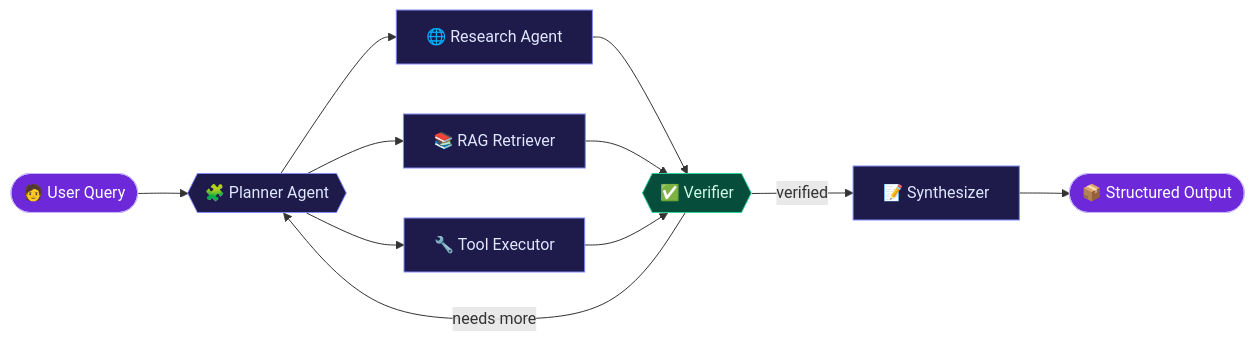
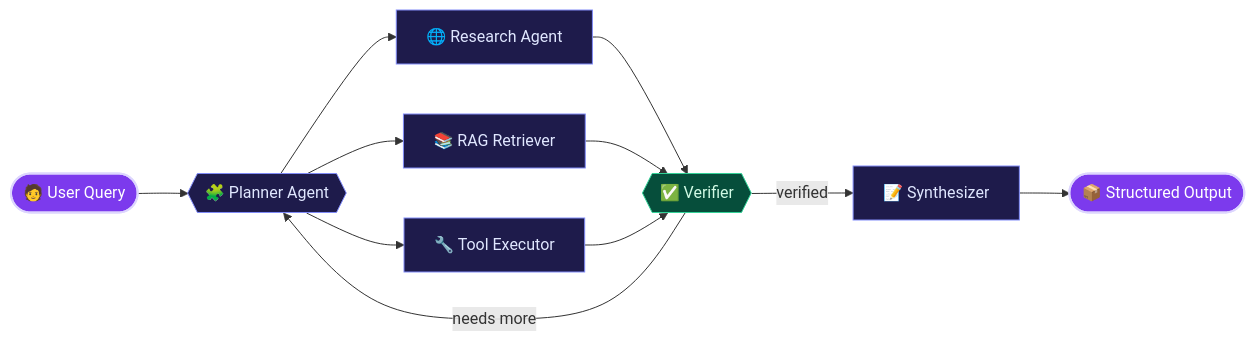
One commit to Subham999100/Subham999100 changed the diagram in README.md. Above: the diagram before and after it, drawn with Mermaid. The commit also changed other lines of this file, not shown here.

````diff
--- a/README.md
+++ b/README.md
@@ -51,20 +56,20 @@
 ```mermaid
 flowchart LR
     Q([🧑 User Query]) --> P{{🧩 Planner Agent}}
     P --> R[🌐 Research Agent]
     P --> K[📚 RAG Retriever]
     P --> T[🔧 Tool Executor]
     R --> V{{✅ Verifier}}
     K --> V
     T --> V
     V -->|needs more| P
     V -->|verified| S[📝 Synthesizer]
     S --> O([📦 Structured Output])
 
-    classDef io fill:#6D28D9,stroke:#C4B5FD,color:#fff
+    classDef io fill:#7C3AED,stroke:#DDD6FE,color:#fff,stroke-width:2px
     classDef agent fill:#1E1B4B,stroke:#818CF8,color:#E0E7FF
     classDef check fill:#064E3B,stroke:#34D399,color:#D1FAE5
     class Q,O io
     class P,R,K,T,S agent
     class V check
 ```
````
